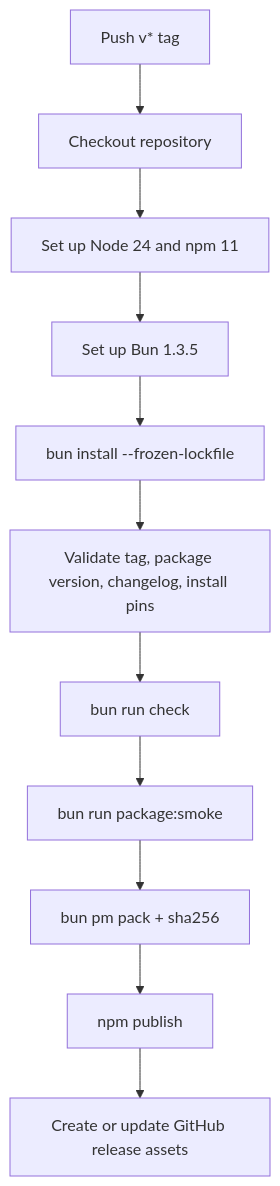
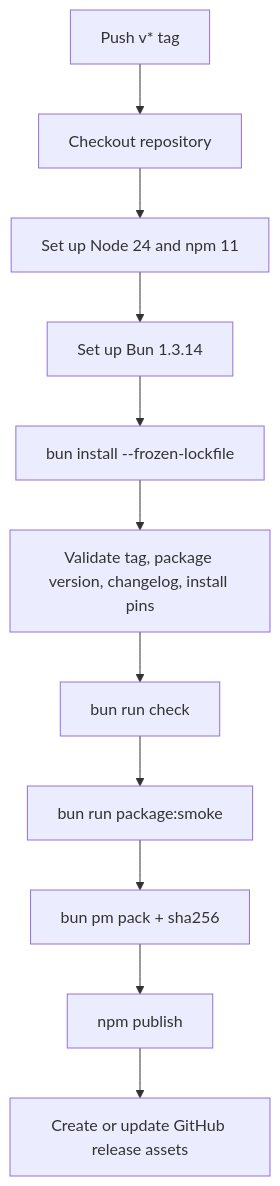
The diagram in droid-wiki/deployment.md (ddv1982/flow-opencode), drawn with Mermaid before and after one commit. The commit also changed other lines of this file and 116 other files, not shown here.

Commit message:
Release Flow 5.0.0 TypeScript 7 hard-cutover lore

````diff
--- a/droid-wiki/deployment.md
+++ b/droid-wiki/deployment.md
@@ -7,13 +7,13 @@
 ```mermaid
 graph TD
     Tag[Push v* tag] --> Checkout[Checkout repository]
     Checkout --> Node[Set up Node 24 and npm 11]
-    Node --> Bun[Set up Bun 1.3.5]
+    Node --> Bun[Set up Bun 1.3.14]
     Bun --> Install[bun install --frozen-lockfile]
     Install --> Validate[Validate tag, package version, changelog, install pins]
     Validate --> Check[bun run check]
     Check --> Smoke[bun run package:smoke]
     Smoke --> Pack[bun pm pack + sha256]
     Pack --> Npm[npm publish]
     Npm --> GitHub[Create or update GitHub release assets]
 ```
````
